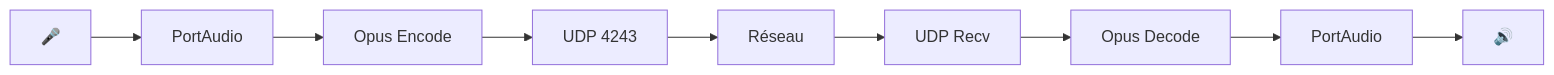
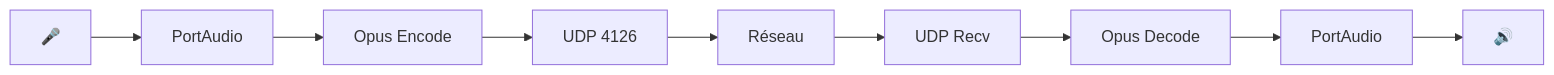
Before and after one commit to ChrisG-L/rtype: the diagram in docs/technique/audio/voice-chat.md, drawn with Mermaid. The commit also changed other lines of this file and 8 other files, not shown here.

````diff
--- a/docs/technique/audio/voice-chat.md
+++ b/docs/technique/audio/voice-chat.md
@@ -14,11 +14,11 @@
 ```mermaid
 flowchart LR
     Mic[🎤] --> PA[PortAudio]
     PA --> Opus[Opus Encode]
-    Opus --> UDP[UDP 4243]
+    Opus --> UDP[UDP 4126]
     UDP --> Net[Réseau]
     Net --> UDP2[UDP Recv]
     UDP2 --> Opus2[Opus Decode]
     Opus2 --> PA2[PortAudio]
     PA2 --> Spk[🔊]
 ```
````
